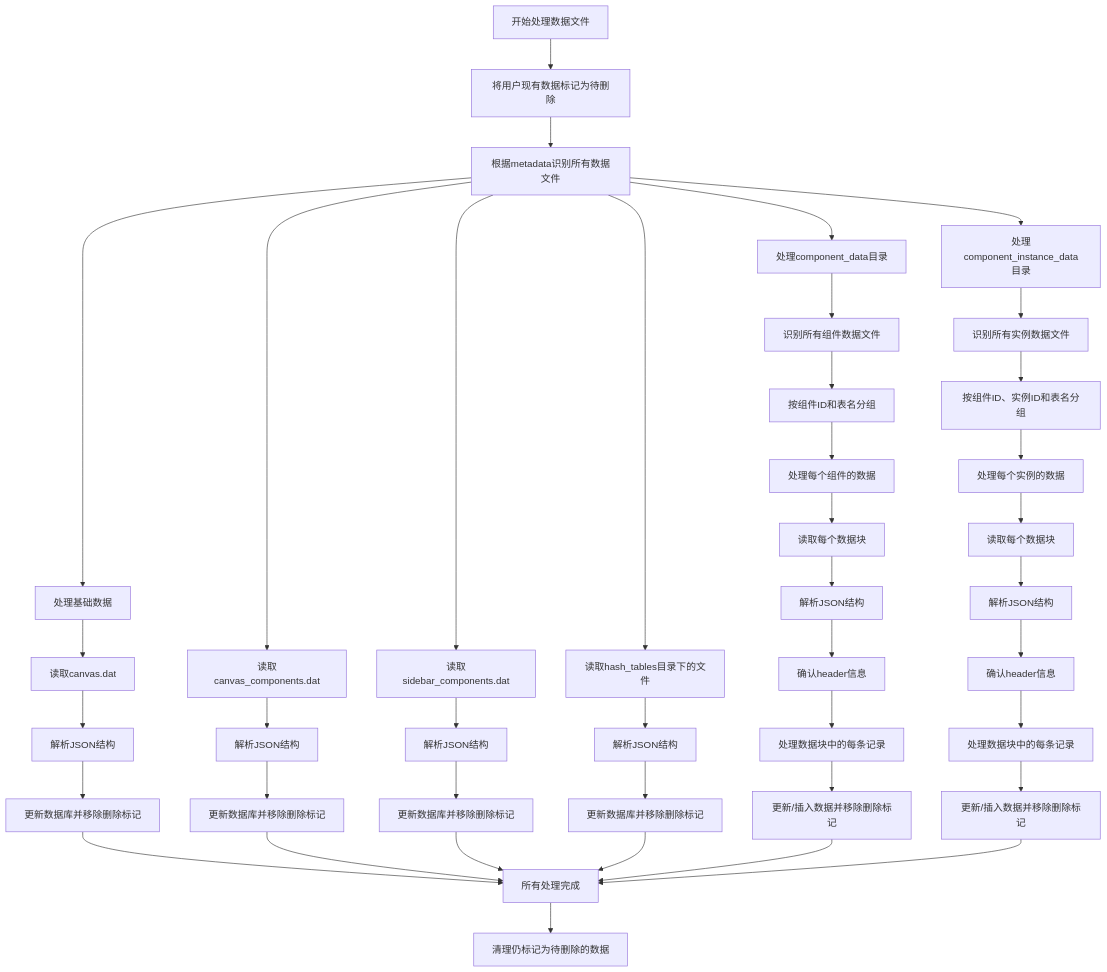
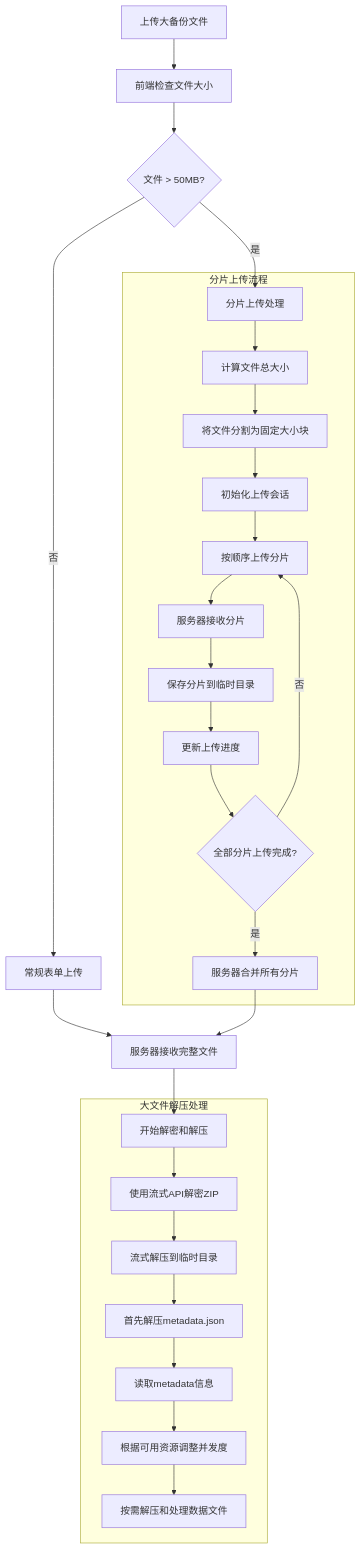
One commit to yingjianzh/iodraw-files changed the diagram in all/未命名-61.md. Above: the diagram before and after it, drawn with Mermaid.

Commit message:
2025-05-15 18:16:10 update

````diff
--- a/all/未命名-61.md
+++ b/all/未命名-61.md
@@ -1,54 +1,37 @@
 ```mermaid
 flowchart TD
-    A[开始处理数据文件] --> B[将用户现有数据标记为待删除]
+    A[上传大备份文件] --> B[前端检查文件大小]
+    B --> C{文件 > 50MB?}
     
-    B --> C[根据metadata识别所有数据文件]
+    C -->|否| D1[常规表单上传]
+    C -->|是| D2[分片上传处理]
     
-    C --> D1[处理基础数据]
-    D1 --> E1[读取canvas.dat]
-    E1 --> F1[解析JSON结构]
-    F1 --> G1[更新数据库并移除删除标记]
+    subgraph 分片上传流程
+        D2 --> E[计算文件总大小]
+        E --> F[将文件分割为固定大小块]
+        F --> G[初始化上传会话]
+        
+        G --> H[按顺序上传分片]
+        H --> I[服务器接收分片]
+        I --> J[保存分片到临时目录]
+        J --> K[更新上传进度]
+        
+        K --> L{全部分片上传完成?}
+        L -->|否| H
+        L -->|是| M[服务器合并所有分片]
+    end
     
-    C --> D2[读取canvas_components.dat]
-    D2 --> E2[解析JSON结构]
-    E2 --> F2[更新数据库并移除删除标记]
+    D1 --> N[服务器接收完整文件]
+    M --> N
     
-    C --> D3[读取sidebar_components.dat]
-    D3 --> E3[解析JSON结构]
-    E3 --> F3[更新数据库并移除删除标记]
+    N --> O[开始解密和解压]
     
-    C --> D4[读取hash_tables目录下的文件]
-    D4 --> E4[解析JSON结构]
-    E4 --> F4[更新数据库并移除删除标记]
-    
-    C --> D5[处理component_data目录]
-    D5 --> E5[识别所有组件数据文件]
-    E5 --> F5[按组件ID和表名分组]
-    
-    F5 --> G5[处理每个组件的数据]
-    G5 --> H5[读取每个数据块]
-    H5 --> I5[解析JSON结构]
-    I5 --> J5[确认header信息]
-    J5 --> K5[处理数据块中的每条记录]
-    K5 --> L5[更新/插入数据并移除删除标记]
-    
-    C --> D6[处理component_instance_data目录]
-    D6 --> E6[识别所有实例数据文件]
-    E6 --> F6[按组件ID、实例ID和表名分组]
-    
-    F6 --> G6[处理每个实例的数据]
-    G6 --> H6[读取每个数据块]
-    H6 --> I6[解析JSON结构]
-    I6 --> J6[确认header信息]
-    J6 --> K6[处理数据块中的每条记录]
-    K6 --> L6[更新/插入数据并移除删除标记]
-    
-    G1 --> M[所有处理完成]
-    F2 --> M
-    F3 --> M
-    F4 --> M
-    L5 --> M
-    L6 --> M
-    
-    M --> N[清理仍标记为待删除的数据]
+    subgraph 大文件解压处理
+        O --> P[使用流式API解密ZIP]
+        P --> Q[流式解压到临时目录]
+        Q --> R[首先解压metadata.json]
+        R --> S[读取metadata信息]
+        S --> T[根据可用资源调整并发度]
+        T --> U[按需解压和处理数据文件]
+    end
 ```
````
